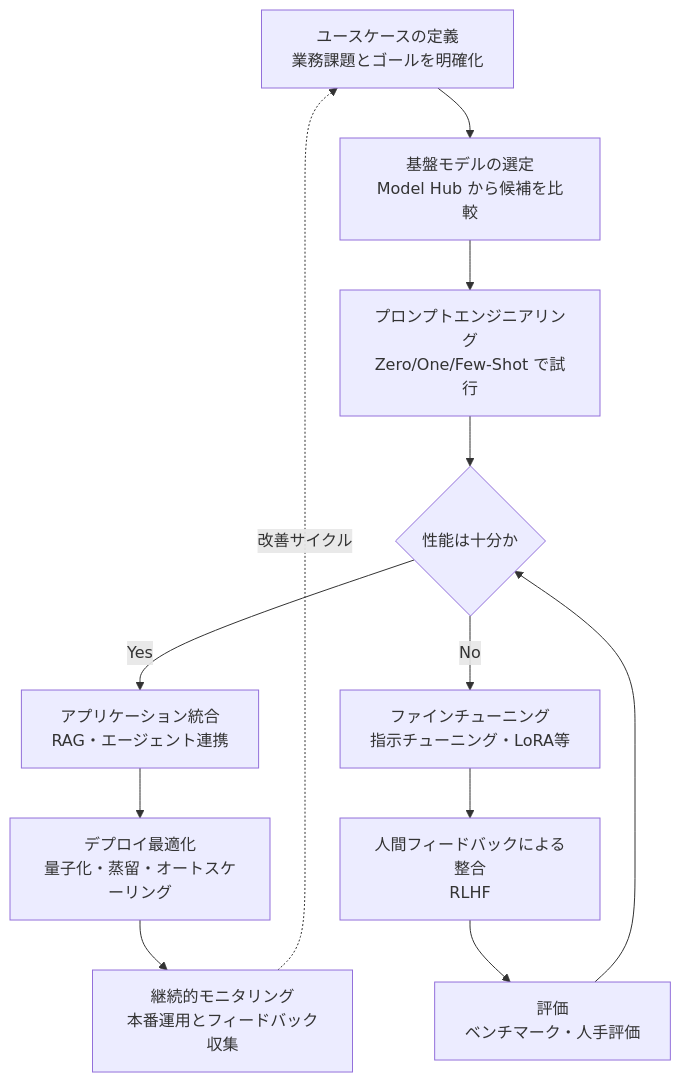
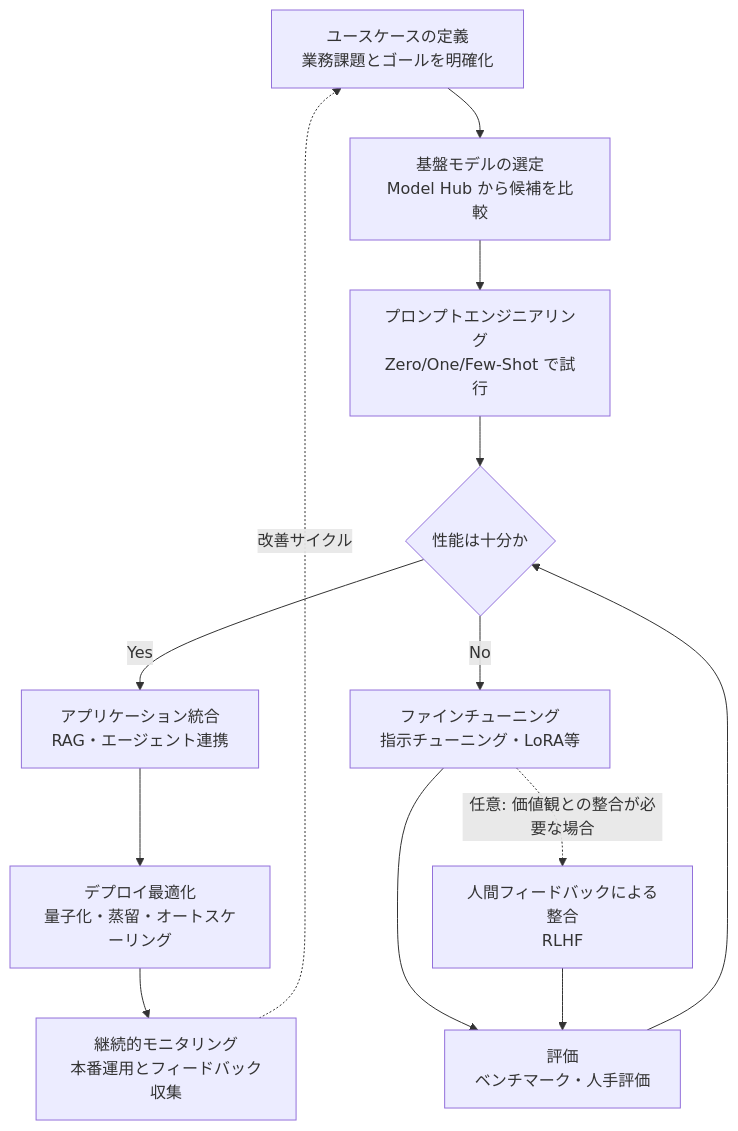
Before and after one commit to myoshi2891/Comparison-of-LLMs: the second of 9 diagrams in Generative-ai-on-aws-guide.md, drawn with Mermaid. The commit also changed other lines of this file and 2 other files, not shown here.

Commit message:
docs(guides): refine diagrams, explanations, and lifecycle notes in AI study guides

````diff
--- a/Generative-ai-on-aws-guide.md
+++ b/Generative-ai-on-aws-guide.md
@@ -132,14 +132,15 @@
 ```mermaid
 flowchart TB
     A["ユースケースの定義<br/>業務課題とゴールを明確化"] --> B["基盤モデルの選定<br/>Model Hub から候補を比較"]
     B --> C["プロンプトエンジニアリング<br/>Zero/One/Few-Shot で試行"]
     C --> D{"性能は十分か"}
     D -->|"Yes"| H["アプリケーション統合<br/>RAG・エージェント連携"]
     D -->|"No"| E["ファインチューニング<br/>指示チューニング・LoRA等"]
-    E --> F["人間フィードバックによる整合<br/>RLHF"]
-    F --> G["評価<br/>ベンチマーク・人手評価"]
+    E --> G["評価<br/>ベンチマーク・人手評価"]
+    E -.->|"任意: 価値観との整合が必要な場合"| F["人間フィードバックによる整合<br/>RLHF"]
+    F --> G
     G --> D
     H --> I["デプロイ最適化<br/>量子化・蒸留・オートスケーリング"]
     I --> J["継続的モニタリング<br/>本番運用とフィードバック収集"]
     J -.->|"改善サイクル"| A
 ```
````
